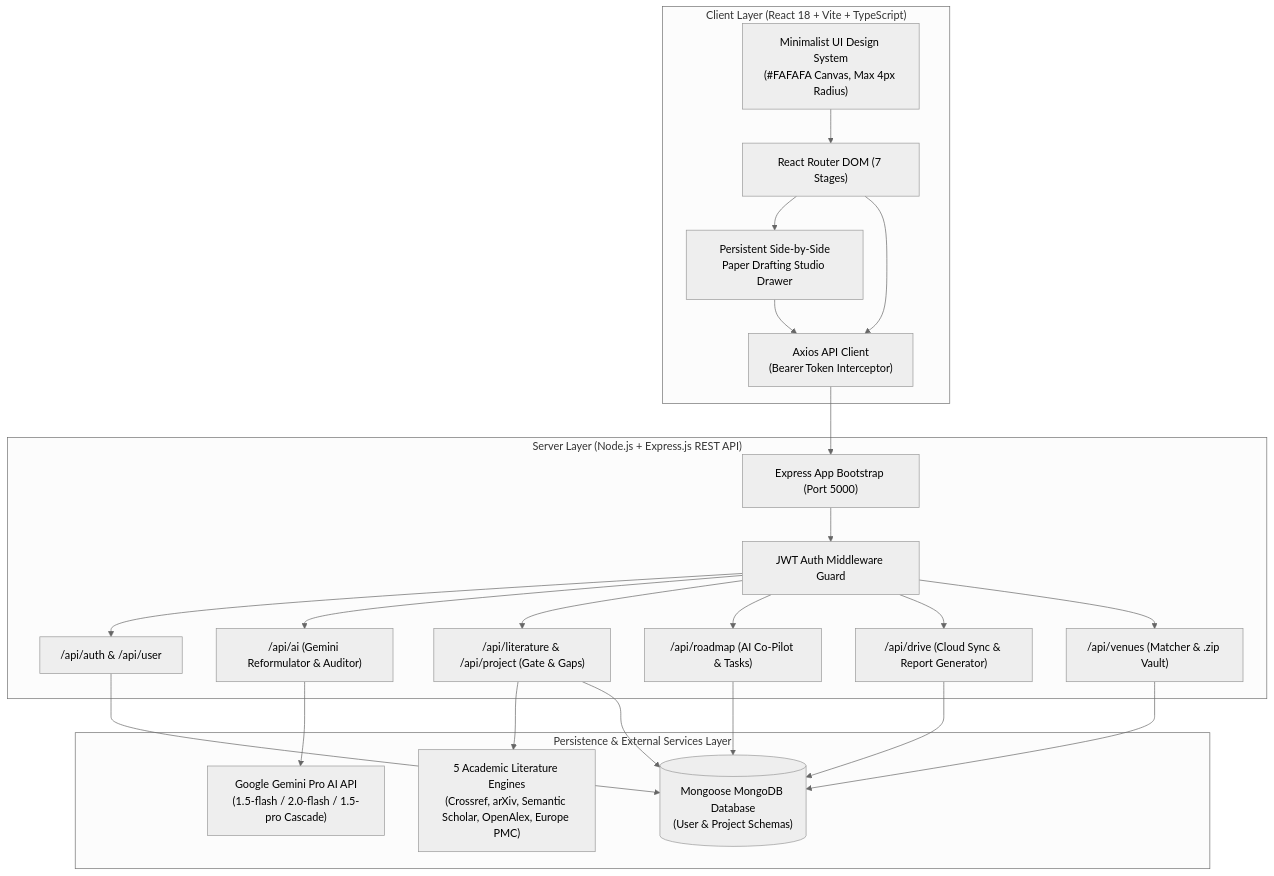
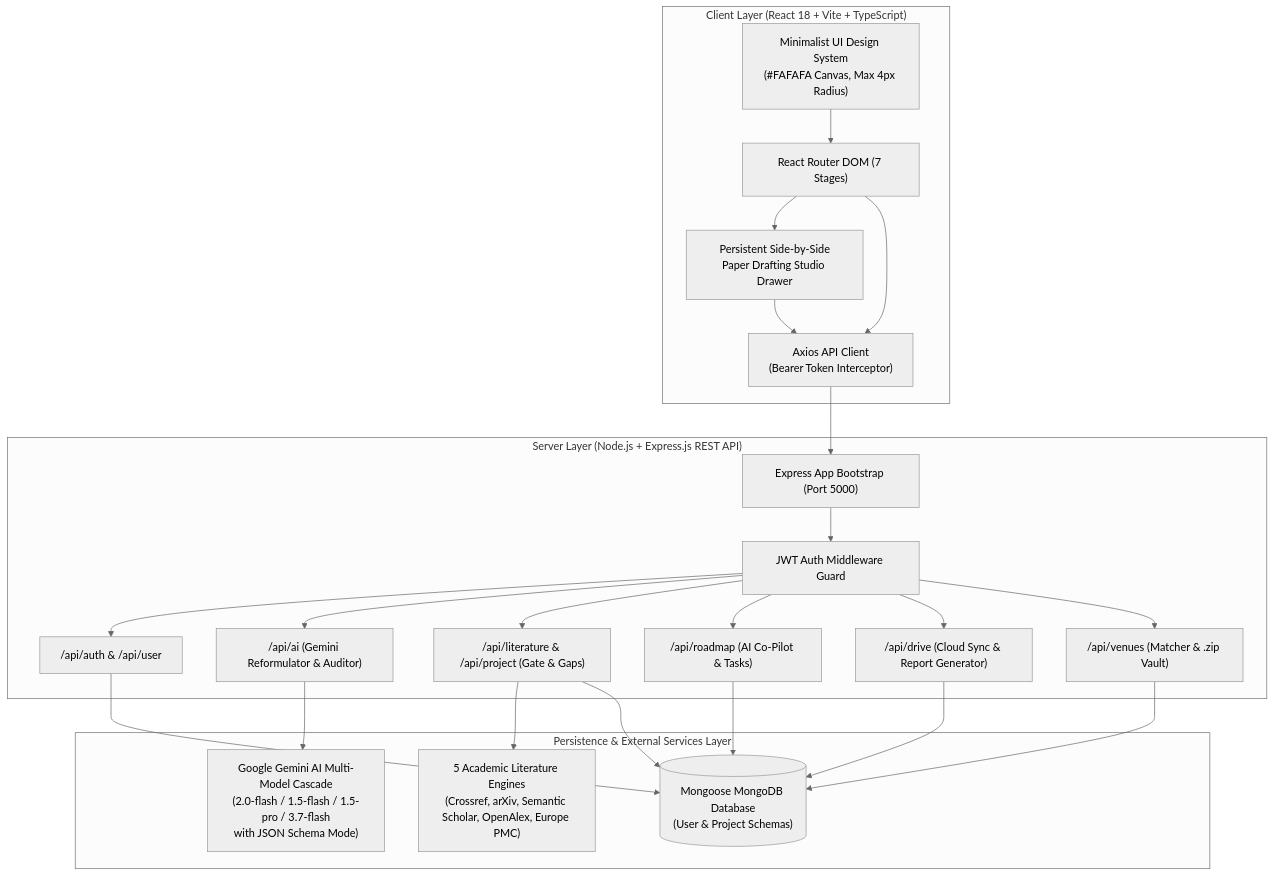
Before and after one commit to jayesh-thar/Researcher-Campus: the first of 3 diagrams in ARCHITECTURE.md, drawn with Mermaid (neutral theme). The commit also changed 1 other file, not shown here.

Commit message:
docs: synchronize architecture diagrams and readmes with latest gemini api standards

````diff
--- a/ARCHITECTURE.md
+++ b/ARCHITECTURE.md
@@ -11,47 +11,47 @@
 ```mermaid
 graph TD
     subgraph Client ["Client Layer (React 18 + Vite + TypeScript)"]
         UI["Minimalist UI Design System<br/>(#FAFAFA Canvas, Max 4px Radius)"]
         Router["React Router DOM (7 Stages)"]
         SideDrawer["Persistent Side-by-Side<br/>Paper Drafting Studio Drawer"]
         Axios["Axios API Client<br/>(Bearer Token Interceptor)"]
     end
 
     subgraph Server ["Server Layer (Node.js + Express.js REST API)"]
         Express["Express App Bootstrap (Port 5000)"]
         AuthMw["JWT Auth Middleware Guard"]
         AuthRoutes["/api/auth & /api/user"]
         AIRoutes["/api/ai (Gemini Reformulator & Auditor)"]
         LitRoutes["/api/literature & /api/project (Gate & Gaps)"]
         RoadmapRoutes["/api/roadmap (AI Co-Pilot & Tasks)"]
         DriveRoutes["/api/drive (Cloud Sync & Report Generator)"]
         VenueRoutes["/api/venues (Matcher & .zip Vault)"]
     end
 
     subgraph DB ["Persistence & External Services Layer"]
         MongoDB[("Mongoose MongoDB Database<br/>(User & Project Schemas)")]
-        Gemini["Google Gemini Pro AI API<br/>(1.5-flash / 2.0-flash / 1.5-pro Cascade)"]
+        Gemini["Google Gemini AI Multi-Model Cascade<br/>(2.0-flash / 1.5-flash / 1.5-pro / 3.7-flash<br/>with JSON Schema Mode)"]
         Apis["5 Academic Literature Engines<br/>(Crossref, arXiv, Semantic Scholar, OpenAlex, Europe PMC)"]
     end
 
     UI --> Router
     Router --> SideDrawer
     Router --> Axios
     SideDrawer --> Axios
     Axios --> Express
     Express --> AuthMw
     AuthMw --> AuthRoutes
     AuthMw --> AIRoutes
     AuthMw --> LitRoutes
     AuthMw --> RoadmapRoutes
     AuthMw --> DriveRoutes
     AuthMw --> VenueRoutes
 
     AuthRoutes --> MongoDB
     AIRoutes --> Gemini
     LitRoutes --> Apis
     LitRoutes --> MongoDB
     RoadmapRoutes --> MongoDB
     DriveRoutes --> MongoDB
     VenueRoutes --> MongoDB
 ```
````
